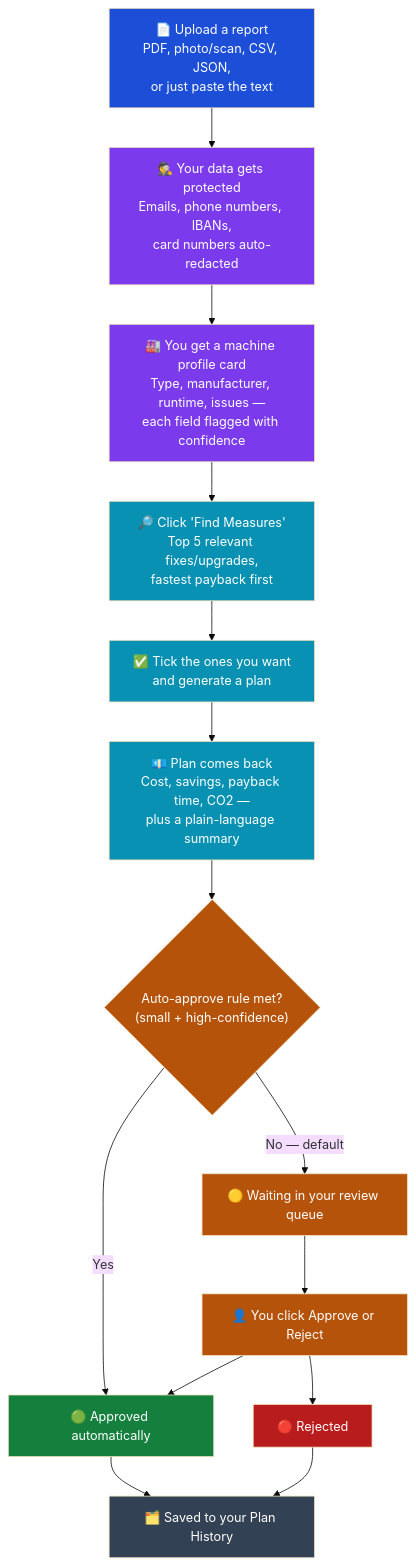
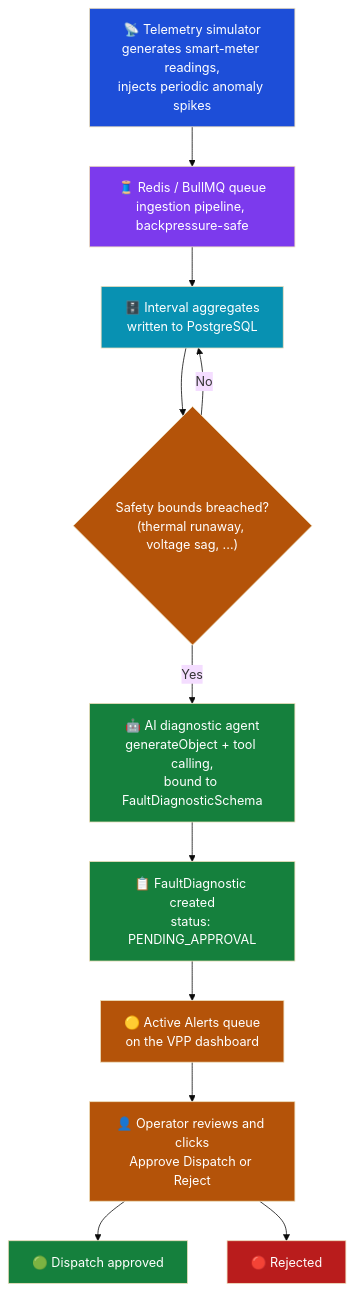
Before and after one commit to m-ahmedbashir/gridstream-agent: the diagram in README.md, drawn with Mermaid (base theme). The commit also changed other lines of this file and 12 other files, not shown here.

````diff
--- a/README.md
+++ b/README.md
@@ -41,30 +43,25 @@
 ```mermaid
 flowchart TD
-    A["📄 Upload a report<br/>PDF, photo/scan, CSV, JSON,<br/>or just paste the text"]
-    --> B["🕵️ Your data gets protected<br/>Emails, phone numbers, IBANs,<br/>card numbers auto-redacted"]
-    --> C["🏭 You get a machine profile card<br/>Type, manufacturer, runtime, issues —<br/>each field flagged with confidence"]
-    --> D["🔎 Click 'Find Measures'<br/>Top 5 relevant fixes/upgrades,<br/>fastest payback first"]
-    --> E["✅ Tick the ones you want<br/>and generate a plan"]
-    --> F["💶 Plan comes back<br/>Cost, savings, payback time, CO2 —<br/>plus a plain-language summary"]
-    --> G{"Auto-approve rule met?<br/>(small + high-confidence)"}
-    G -->|"Yes"| H["🟢 Approved automatically"]
-    G -->|"No — default"| I["🟡 Waiting in your review queue"]
-    I --> J["👤 You click Approve or Reject"]
-    J --> H
-    J --> K["🔴 Rejected"]
-    H --> L["🗂️ Saved to your Plan History"]
-    K --> L
+    A["📡 Telemetry simulator<br/>generates smart-meter readings,<br/>injects periodic anomaly spikes"]
+    --> B["🧵 Redis / BullMQ queue<br/>ingestion pipeline, backpressure-safe"]
+    --> C["🗄️ Interval aggregates<br/>written to PostgreSQL"]
+    --> D{"Safety bounds breached?<br/>(thermal runaway, voltage sag, ...)"}
+    D -->|"No"| C
+    D -->|"Yes"| E["🤖 AI diagnostic agent<br/>generateObject + tool calling,<br/>bound to FaultDiagnosticSchema"]
+    E --> F["📋 FaultDiagnostic created<br/>status: PENDING_APPROVAL"]
+    F --> G["🟡 Active Alerts queue<br/>on the VPP dashboard"]
+    G --> H["👤 Operator reviews and clicks<br/>Approve Dispatch or Reject"]
+    H --> I["🟢 Dispatch approved"]
+    H --> J["🔴 Rejected"]
 
     style A fill:#1d4ed8,color:#fff
     style B fill:#7c3aed,color:#fff
-    style C fill:#7c3aed,color:#fff
-    style D fill:#0891b2,color:#fff
-    style E fill:#0891b2,color:#fff
-    style F fill:#0891b2,color:#fff
+    style C fill:#0891b2,color:#fff
+    style D fill:#b45309,color:#fff
+    style E fill:#15803d,color:#fff
+    style F fill:#15803d,color:#fff
     style G fill:#b45309,color:#fff
-    style H fill:#15803d,color:#fff
-    style I fill:#b45309,color:#fff
-    style J fill:#b45309,color:#fff
-    style K fill:#b91c1c,color:#fff
-    style L fill:#334155,color:#fff
+    style H fill:#b45309,color:#fff
+    style I fill:#15803d,color:#fff
+    style J fill:#b91c1c,color:#fff
 ```
````
